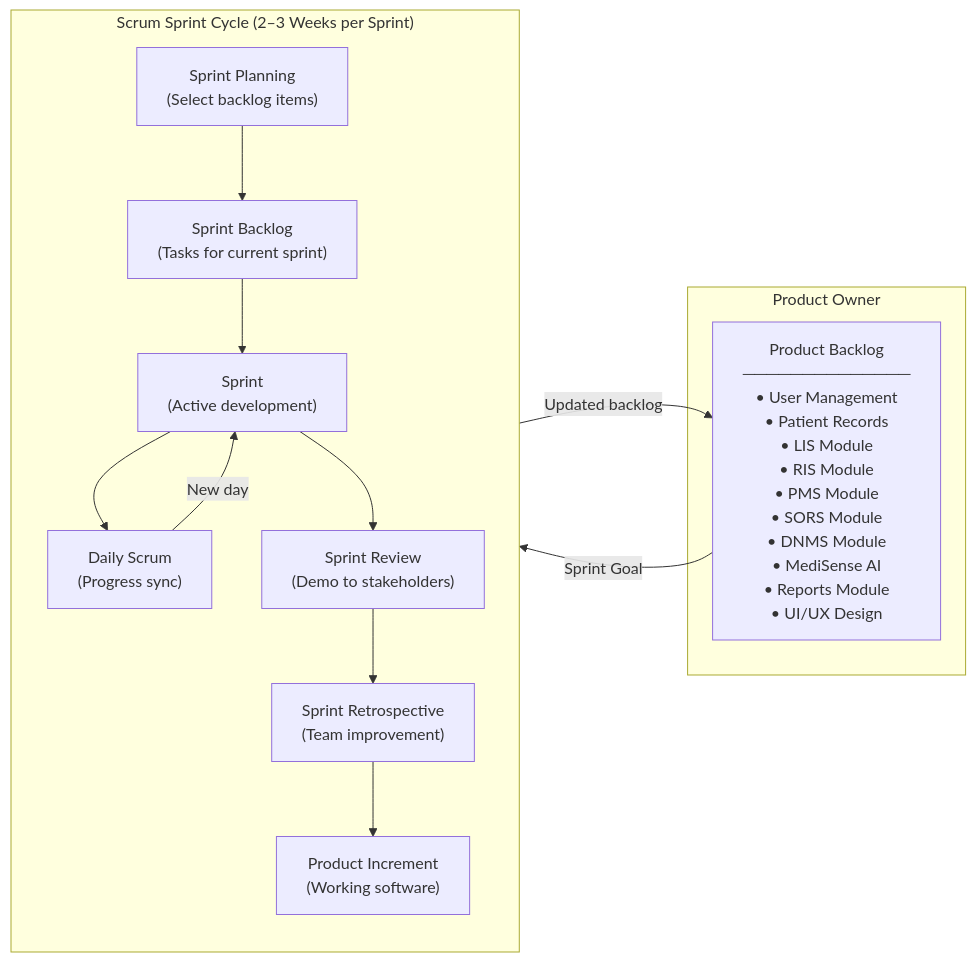
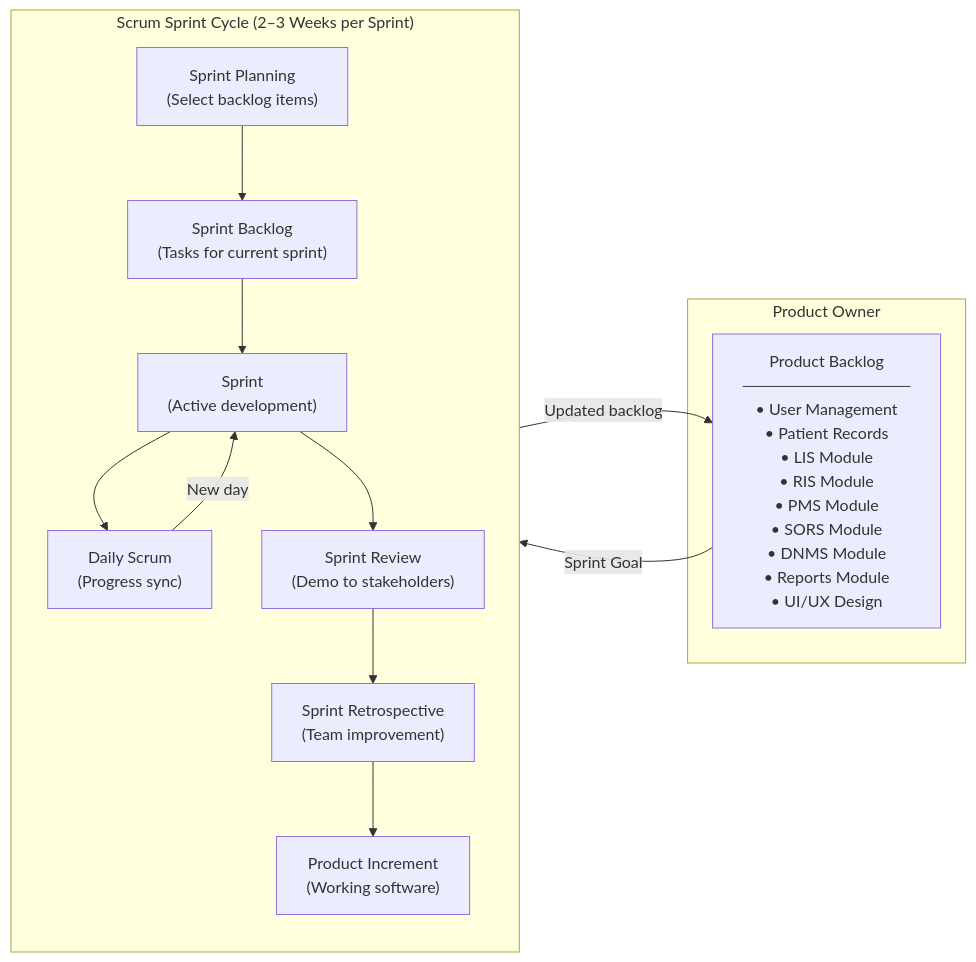
Before and after one commit to Lesthermonleon/DTCS: the first of 14 diagrams in hims_14_diagrams.md, drawn with Mermaid. The commit also changed other lines of this file and 43 other files, not shown here.

Commit message:
new version of MediSense AI

````diff
--- a/hims_14_diagrams.md
+++ b/hims_14_diagrams.md
@@ -11,25 +11,25 @@
 ```mermaid
 graph LR
     subgraph PO["Product Owner"]
-        PB["Product Backlog\n──────────────\n• User Management\n• Patient Records\n• LIS Module\n• RIS Module\n• PMS Module\n• SORS Module\n• DNMS Module\n• MediSense AI\n• Reports Module\n• UI/UX Design"]
+        PB["Product Backlog\n──────────────\n• User Management\n• Patient Records\n• LIS Module\n• RIS Module\n• PMS Module\n• SORS Module\n• DNMS Module\n• Reports Module\n• UI/UX Design"]
     end
 
     subgraph SPRINT_CYCLE["Scrum Sprint Cycle (2–3 Weeks per Sprint)"]
         direction TB
         SP["Sprint Planning\n(Select backlog items)"]
         SB["Sprint Backlog\n(Tasks for current sprint)"]
         S["Sprint\n(Active development)"]
         DS["Daily Scrum\n(Progress sync)"]
         SR["Sprint Review\n(Demo to stakeholders)"]
         RETRO["Sprint Retrospective\n(Team improvement)"]
         INC["Product Increment\n(Working software)"]
 
         SP --> SB --> S
         S --> DS
         DS -->|New day| S
         S --> SR --> RETRO --> INC
     end
 
     PB -->|Sprint Goal| SP
     INC -->|Updated backlog| PB
 ```
````
